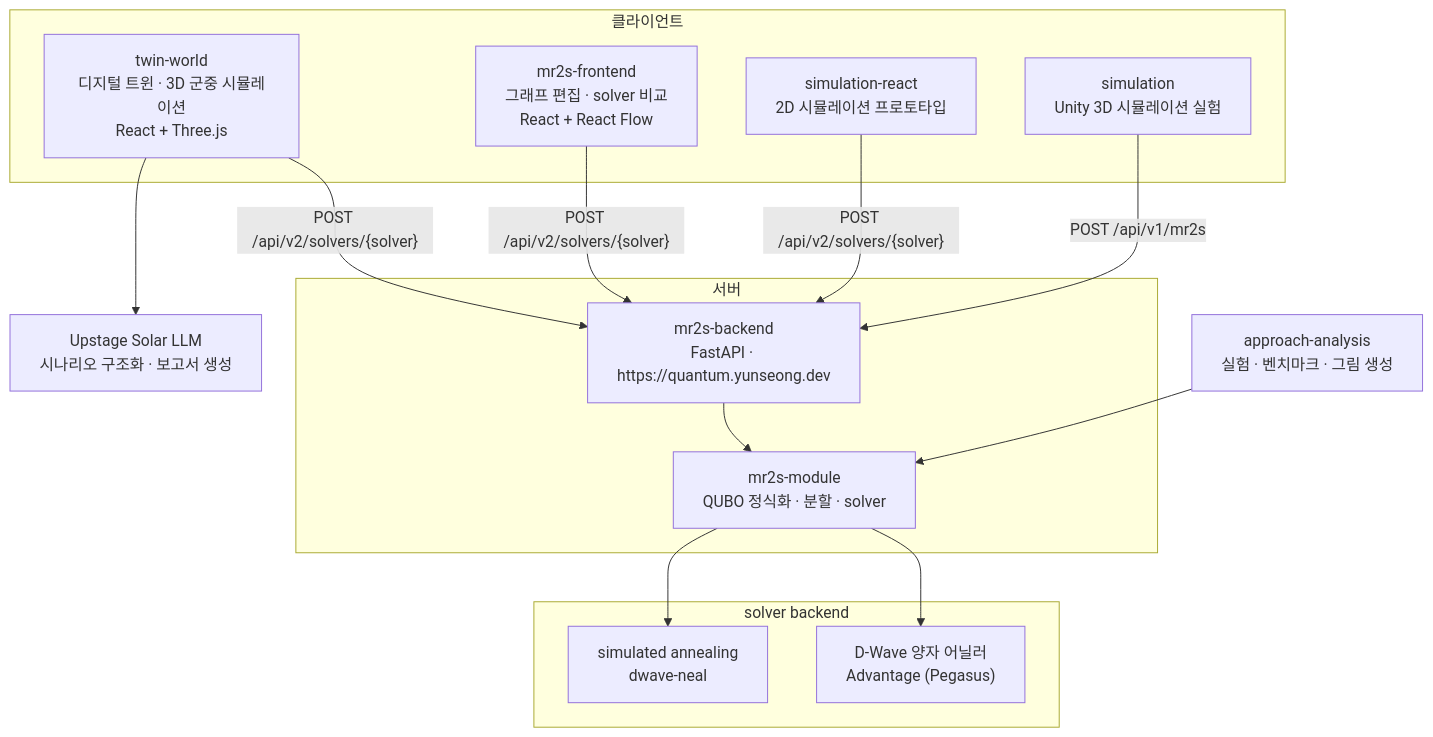
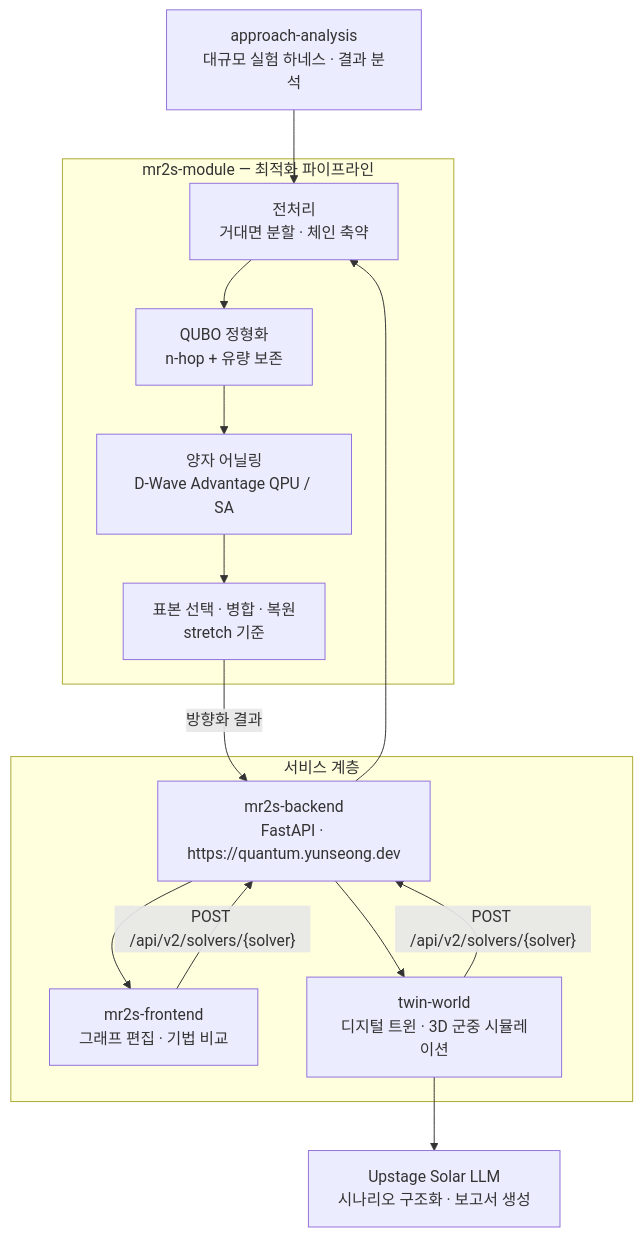
One commit to pnucse-capstone2026/capstone-2026-team-36 changed the first of 2 diagrams in README.md. Above: the diagram before and after it, drawn with Mermaid. The commit also changed other lines of this file and 3 other files, not shown here.

````diff
--- a/README.md
+++ b/README.md
@@ -69,32 +73,28 @@
 ```mermaid
 flowchart TD
-    subgraph client["클라이언트"]
-        TW["twin-world<br/>디지털 트윈 · 3D 군중 시뮬레이션<br/>React + Three.js"]
-        FE["mr2s-frontend<br/>그래프 편집 · solver 비교<br/>React + React Flow"]
-        SR["simulation-react<br/>2D 시뮬레이션 프로토타입"]
-        UN["simulation<br/>Unity 3D 시뮬레이션 실험"]
+    subgraph pipeline["mr2s-module — 최적화 파이프라인"]
+        PRE["전처리<br/>거대면 분할 · 체인 축약"]
+        QUBO["QUBO 정형화<br/>n-hop + 유량 보존"]
+        ANNEAL["양자 어닐링<br/>D-Wave Advantage QPU / SA"]
+        PICK["표본 선택 · 병합 · 복원<br/>stretch 기준"]
+        PRE --> QUBO --> ANNEAL --> PICK
     end
 
-    subgraph server["서버"]
+    subgraph service["서비스 계층"]
         BE["mr2s-backend<br/>FastAPI · https://quantum.yunseong.dev"]
-        MOD["mr2s-module<br/>QUBO 정식화 · 분할 · solver"]
+        FE["mr2s-frontend<br/>그래프 편집 · 기법 비교"]
+        TW["twin-world<br/>디지털 트윈 · 3D 군중 시뮬레이션"]
     end
 
-    subgraph hw["solver backend"]
-        QA["D-Wave 양자 어닐러<br/>Advantage (Pegasus)"]
-        SA["simulated annealing<br/>dwave-neal"]
-    end
-
+    EXP["approach-analysis<br/>대규모 실험 하네스 · 결과 분석"]
     LLM["Upstage Solar LLM<br/>시나리오 구조화 · 보고서 생성"]
 
+    FE -->|"POST /api/v2/solvers/{solver}"| BE
     TW -->|"POST /api/v2/solvers/{solver}"| BE
-    FE -->|"POST /api/v2/solvers/{solver}"| BE
-    SR -->|"POST /api/v2/solvers/{solver}"| BE
-    UN -->|"POST /api/v1/mr2s"| BE
-    BE --> MOD
-    MOD --> QA
-    MOD --> SA
+    BE --> PRE
+    PICK -->|"방향화 결과"| BE
+    BE --> FE
+    BE --> TW
     TW --> LLM
-
-    AA["approach-analysis<br/>실험 · 벤치마크 · 그림 생성"] --> MOD
+    EXP --> PRE
 ```
````
